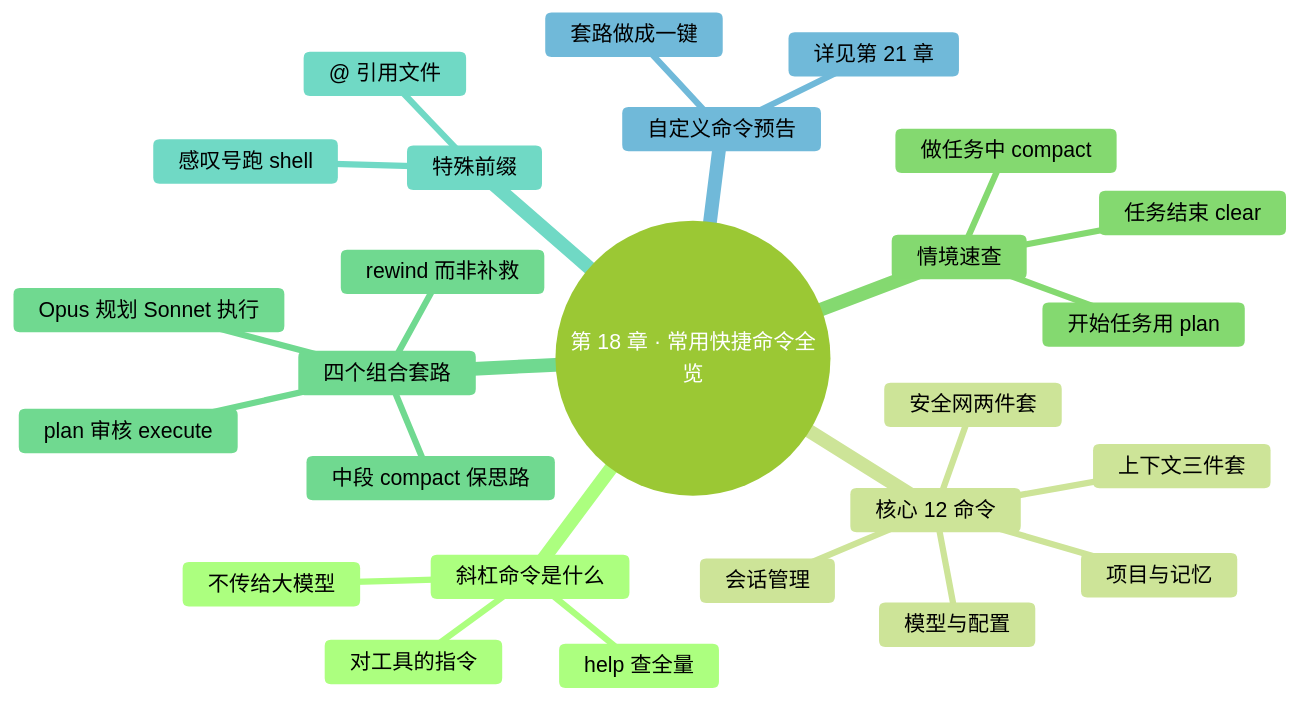
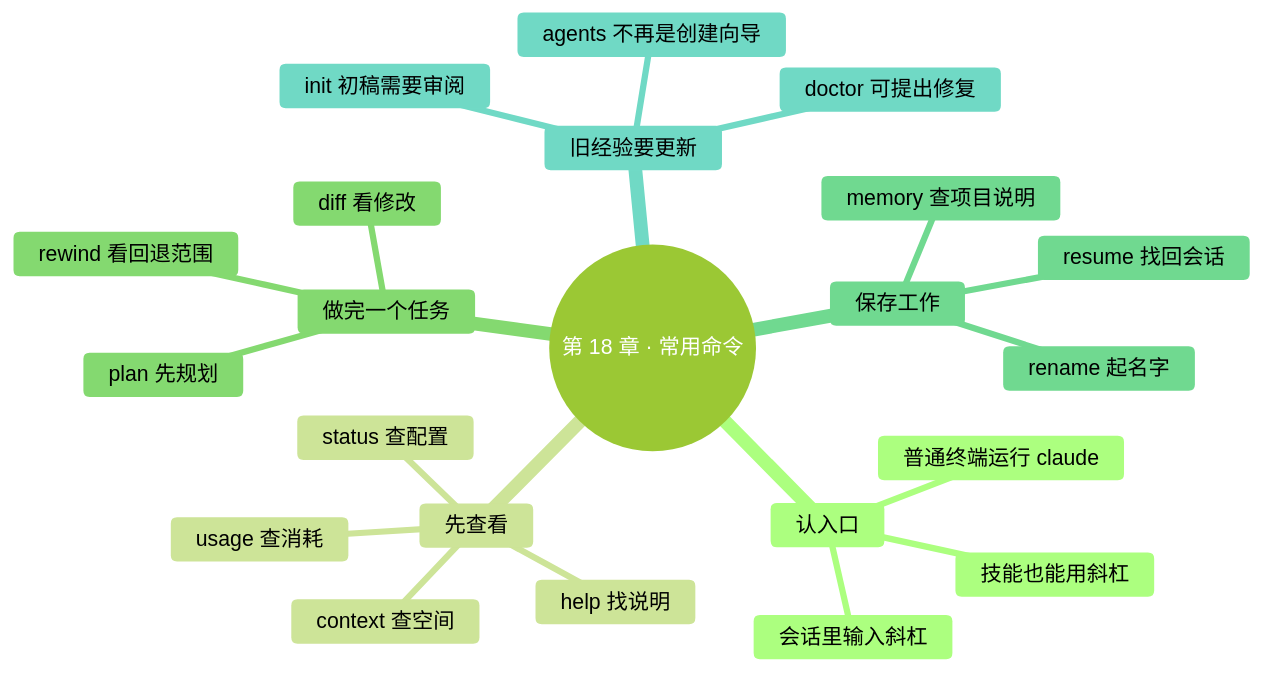
One commit to mali9527/claude-code-full-guide-for-beginners changed the first of 2 diagrams in manuscript/part4-避坑与判断力/18-常用快捷命令全览.md. Above: the diagram before and after it, drawn with Mermaid. The commit also changed other lines of this file and 130 other files, not shown here.

````diff
--- a/manuscript/part4-避坑与判断力/18-常用快捷命令全览.md
+++ b/manuscript/part4-避坑与判断力/18-常用快捷命令全览.md
@@ -20,37 +22,33 @@
 ```mermaid
 ---
 config:
   theme: forest
   themeVariables:
     fontFamily: "-apple-system, 'SF Pro Text', 'PingFang SC', 'Helvetica Neue', sans-serif"
     fontSize: "17px"
     lineColor: "#D9D9D9"
 ---
 mindmap
-  root((第 18 章 · 常用快捷命令全览))
-    斜杠命令是什么
-      对工具的指令
-      不传给大模型
-      help 查全量
-    核心 12 命令
-      上下文三件套
-      安全网两件套
-      模型与配置
-      项目与记忆
-      会话管理
-    情境速查
-      开始任务用 plan
-      做任务中 compact
-      任务结束 clear
-    四个组合套路
-      plan 审核 execute
-      Opus 规划 Sonnet 执行
-      中段 compact 保思路
-      rewind 而非补救
-    特殊前缀
-      感叹号跑 shell
-      @ 引用文件
-    自定义命令预告
-      套路做成一键
-      详见第 21 章
+  root((第 18 章 · 常用命令))
+    认入口
+      会话里输入斜杠
+      普通终端运行 claude
+      技能也能用斜杠
+    先查看
+      help 找说明
+      status 查配置
+      usage 查消耗
+      context 查空间
+    做完一个任务
+      plan 先规划
+      diff 看修改
+      rewind 看回退范围
+    保存工作
+      rename 起名字
+      resume 找回会话
+      memory 查项目说明
+    旧经验要更新
+      doctor 可提出修复
+      agents 不再是创建向导
+      init 初稿需要审阅
 ```
````
